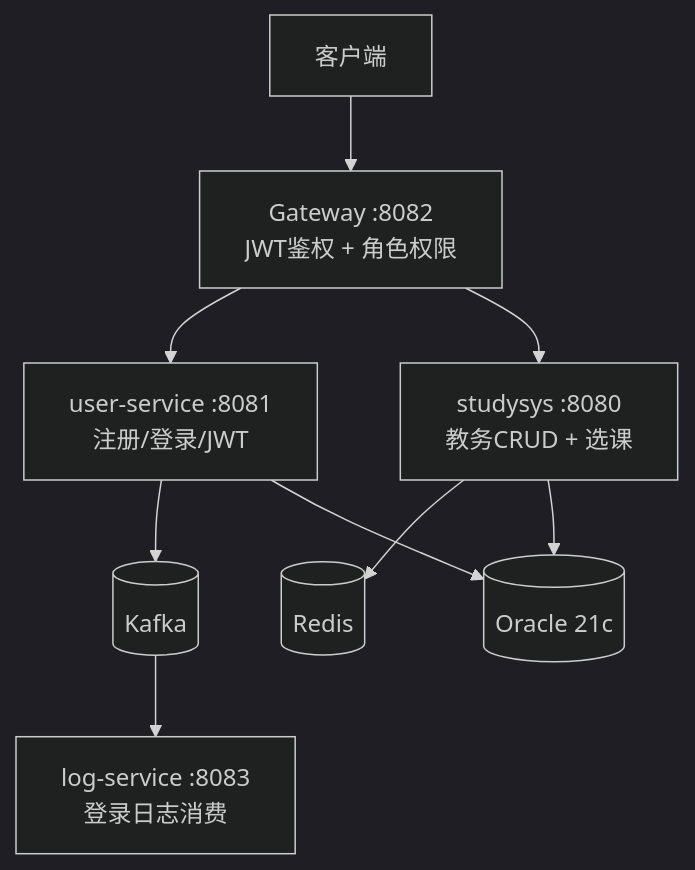
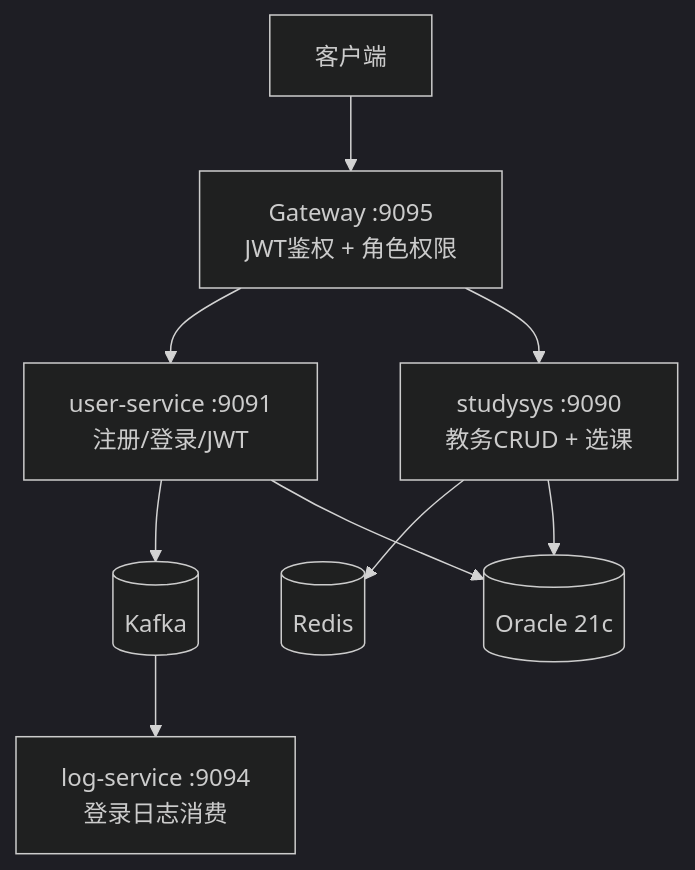
One commit to fujikawamia615/springboot-studyservice changed the diagram in README.md. Above: the diagram before and after it, drawn with Mermaid (dark theme). The commit also changed other lines of this file and 37 other files, not shown here.

````diff
--- a/README.md
+++ b/README.md
@@ -190,12 +190,12 @@
 ```mermaid
 graph TD
-    Client[客户端] --> Gateway["Gateway :8082<br/>JWT鉴权 + 角色权限"]
-    Gateway --> Auth["user-service :8081<br/>注册/登录/JWT"]
-    Gateway --> Business["studysys :8080<br/>教务CRUD + 选课"]
+    Client[客户端] --> Gateway["Gateway :9095<br/>JWT鉴权 + 角色权限"]
+    Gateway --> Auth["user-service :9091<br/>注册/登录/JWT"]
+    Gateway --> Business["studysys :9090<br/>教务CRUD + 选课"]
     
     Auth --> Kafka[("Kafka")]
     Business --> Redis[("Redis")]
     Business --> Oracle[("Oracle 21c")]
     Auth --> Oracle
-    Kafka --> Log["log-service :8083<br/>登录日志消费"]
+    Kafka --> Log["log-service :9094<br/>登录日志消费"]
 ```
````
